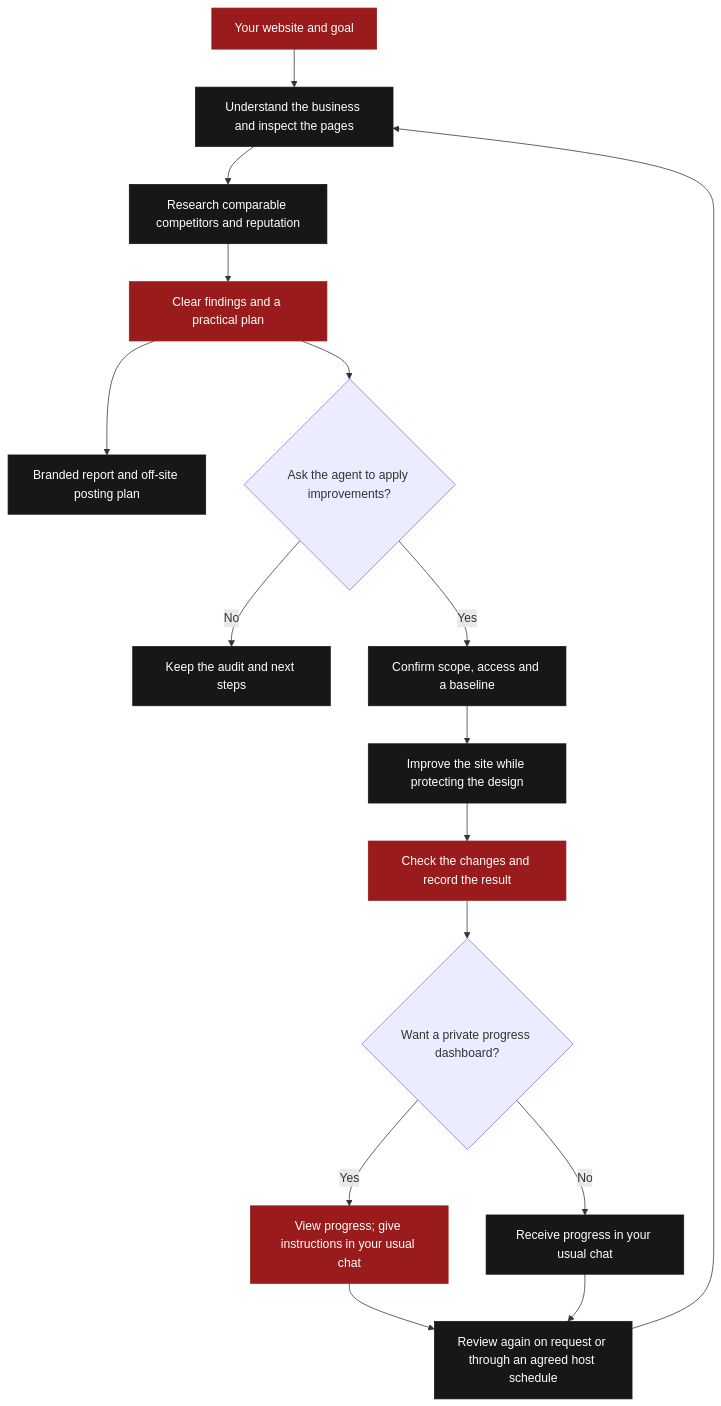
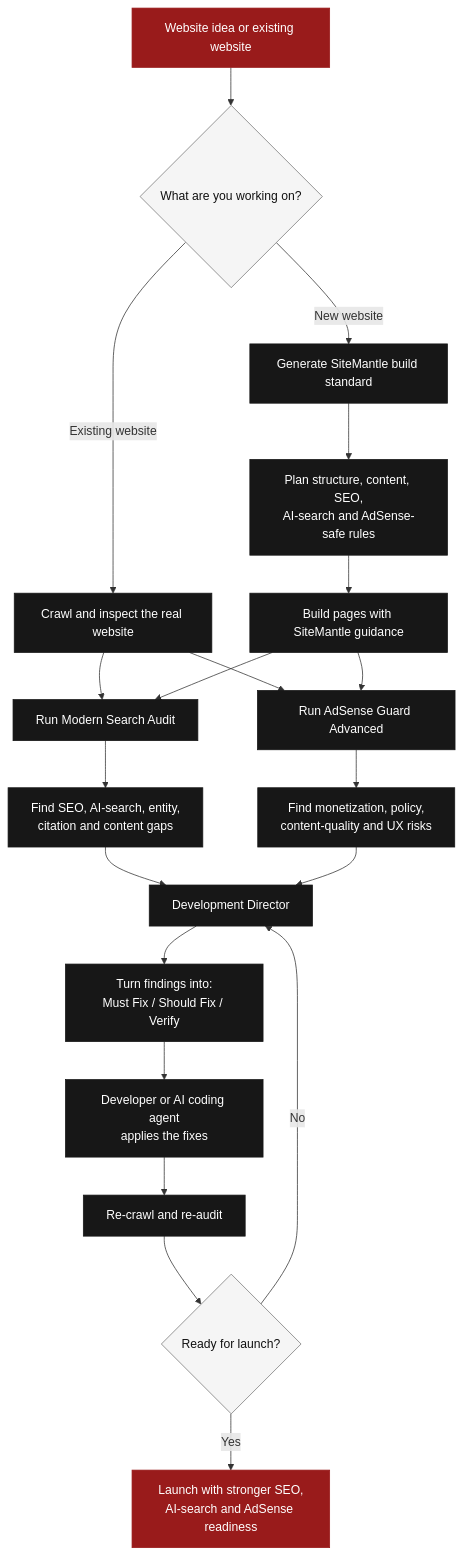
Before and after one commit to Zanuu-mughal-1/SiteMantle-: the diagram in README.md, drawn with Mermaid. The commit also changed other lines of this file, not shown here.

````diff
--- a/README.md
+++ b/README.md
@@ -281,22 +25,39 @@
 ```mermaid
 flowchart TD
-    A["Your website and goal"] --> B["Understand the business and inspect the pages"]
-    B --> C["Research comparable competitors and reputation"]
-    C --> D["Clear findings and a practical plan"]
-    D --> E["Branded report and off-site posting plan"]
-    D --> F{"Ask the agent to apply improvements?"}
-    F -->|No| G["Keep the audit and next steps"]
-    F -->|Yes| H["Confirm scope, access and a baseline"]
-    H --> I["Improve the site while protecting the design"]
-    I --> J["Check the changes and record the result"]
-    J --> K{"Want a private progress dashboard?"}
-    K -->|Yes| L["View progress; give instructions in your usual chat"]
-    K -->|No| M["Receive progress in your usual chat"]
-    L --> N["Review again on request or through an agreed host schedule"]
-    M --> N
-    N --> B
-    classDef brand fill:#991B1B,color:#fff,stroke:#991B1B
+    A["Website idea or existing website"] --> B{"What are you working on?"}
+
+    B -->|New website| C["Generate SiteMantle build standard"]
+    B -->|Existing website| D["Crawl and inspect the real website"]
+
+    C --> E["Plan structure, content, SEO,<br/>AI-search and AdSense-safe rules"]
+    E --> F["Build pages with SiteMantle guidance"]
+
+    D --> G["Run Modern Search Audit"]
+    D --> H["Run AdSense Guard Advanced"]
+
+    F --> G
+    F --> H
+
+    G --> I["Find SEO, AI-search, entity,<br/>citation and content gaps"]
+    H --> J["Find monetization, policy,<br/>content-quality and UX risks"]
+
+    I --> K["Development Director"]
+    J --> K
+
+    K --> L["Turn findings into:<br/>Must Fix / Should Fix / Verify"]
+    L --> M["Developer or AI coding agent<br/>applies the fixes"]
+
+    M --> N["Re-crawl and re-audit"]
+    N --> O{"Ready for launch?"}
+
+    O -->|No| K
+    O -->|Yes| P["Launch with stronger SEO,<br/>AI-search and AdSense readiness"]
+
+    classDef primary fill:#991B1B,color:#fff,stroke:#991B1B
     classDef dark fill:#171717,color:#fff,stroke:#171717
-    class A,D,J,L brand
-    class B,C,E,G,H,I,M,N dark
+    classDef decision fill:#f5f5f5,color:#111,stroke:#777
+
+    class A,P primary
+    class B,O decision
+    class C,D,E,F,G,H,I,J,K,L,M,N dark
 ```
````
